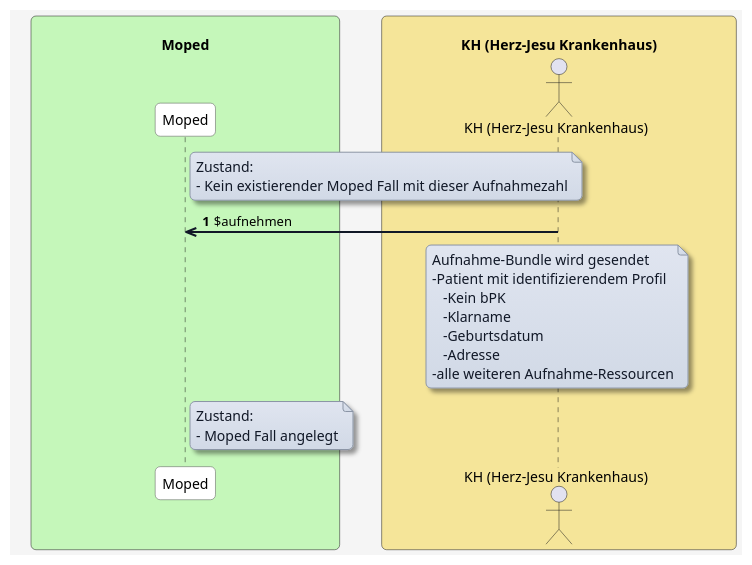
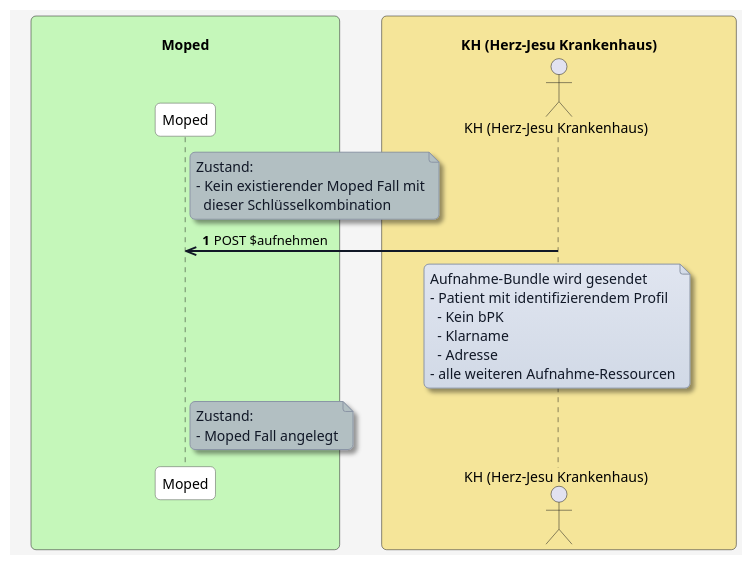
One commit to HL7Austria/ELGA-MOPED-R5 changed the diagram in input/images-source/aufnehmen-kein-bpk.plantuml. Above: the diagram before and after it, drawn with PlantUML. The commit also changed 9 other files, not shown here.

```diff
--- a/input/images-source/aufnehmen-kein-bpk.plantuml
+++ b/input/images-source/aufnehmen-kein-bpk.plantuml
@@ -1,65 +1,74 @@
 @startuml
 skinparam borderColor #000000
 skinparam backgroundColor #f5f5f5
 skinparam shadowing false
 skinparam roundCorner 10
 skinparam defaultFontName "Arial"
 skinparam defaultFontSize 14
 skinparam defaultFontColor #000000
 
 skinparam note {
   BackgroundColor #e0e5f0-#d1d9e6
   BorderColor #8b95a5
   BorderThickness 1
   RoundCorner 8
   Padding 6
   FontColor #111827
   Shadowing true
 }
 
 skinparam HyperlinkColor #0000EE
 skinparam HyperlinkUnderline false
 
 skinparam sequence {
   ParticipantBorderColor #555555
   ParticipantBackgroundColor #ffffff
   ParticipantFontColor #000000
   ParticipantFontSize 14
   ParticipantPadding 20
   ArrowColor #111827
   ArrowThickness 2
   ArrowFontColor #000000
   ArrowFontSize 13
   GroupBorderColor #111827
   GroupBackgroundColor #f3f4f6
   GroupBorderThickness 1
 }
 
 skinparam BoxPadding 20
 skinparam BoxBorderColor #555555
 
 box "\n                                   Moped                                   " #c5f7ba
   participant MP as "Moped"
 end box
 
 box "\n                     KH (Herz-Jesu Krankenhaus)                     " #f5e599
   actor KH as "KH (Herz-Jesu Krankenhaus)"
 end box
 
 
 autonumber
 
-note right of MP
+note right of MP #b2bfc2
 Zustand:
-- Kein existierender Moped Fall mit dieser Aufnahmezahl
+- Kein existierender Moped Fall mit
+  dieser Schlüsselkombination
 end note
 
-KH ->> MP: $aufnehmen
-Note over KH: Aufnahme-Bundle wird gesendet\n-Patient mit identifizierendem Profil\n   -Kein bPK\n   -Klarname\n   -Geburtsdatum\n   -Adresse\n-alle weiteren Aufnahme-Ressourcen
+KH ->> MP: POST $aufnehmen
 
-note right of MP
+note over KH
+Aufnahme-Bundle wird gesendet
+- Patient mit identifizierendem Profil
+  - Kein bPK
+  - Klarname
+  - Adresse
+- alle weiteren Aufnahme-Ressourcen
+end note
+
+note right of MP #b2bfc2
 Zustand:
 - Moped Fall angelegt
 end note
 
 @enduml
```
